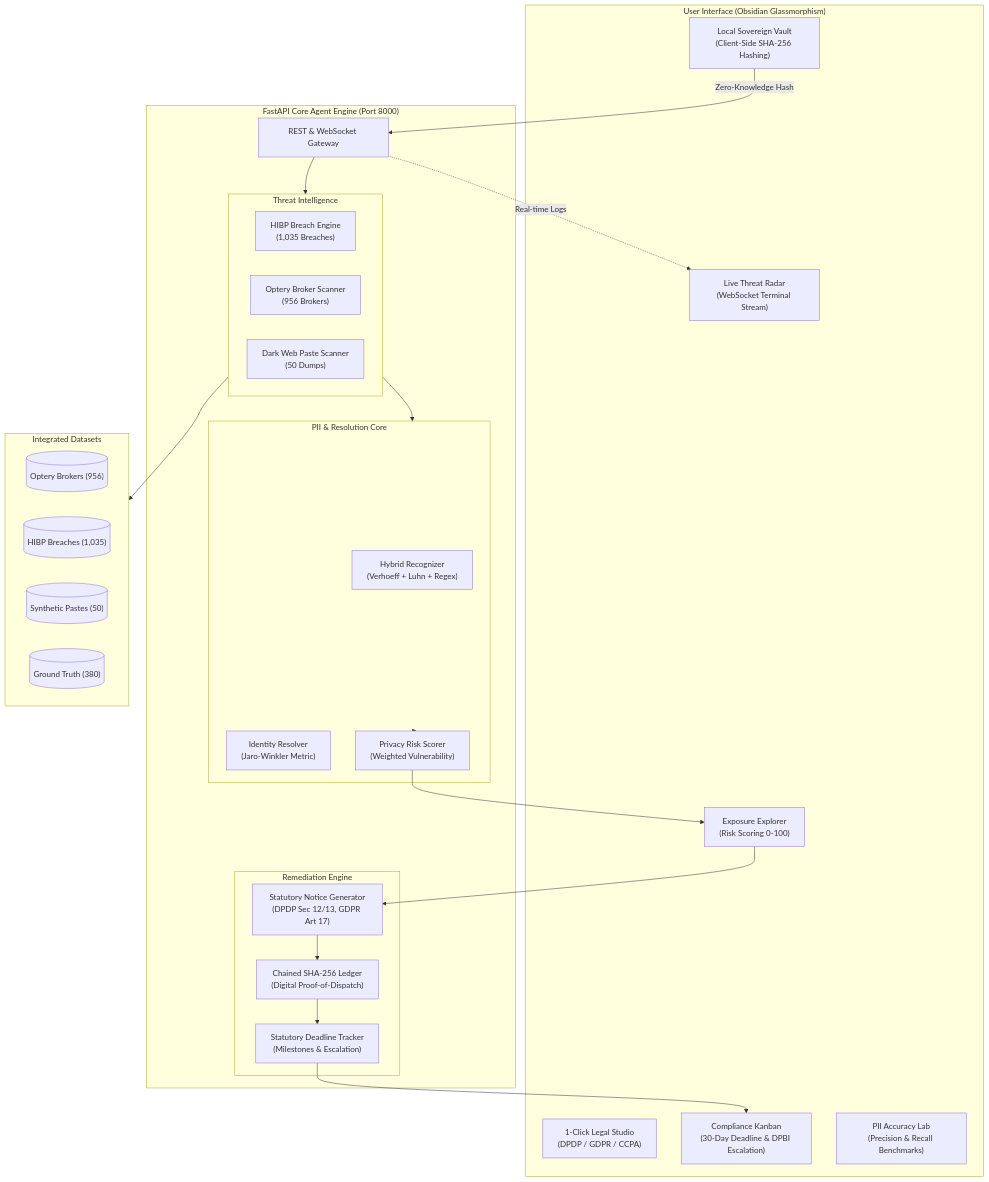
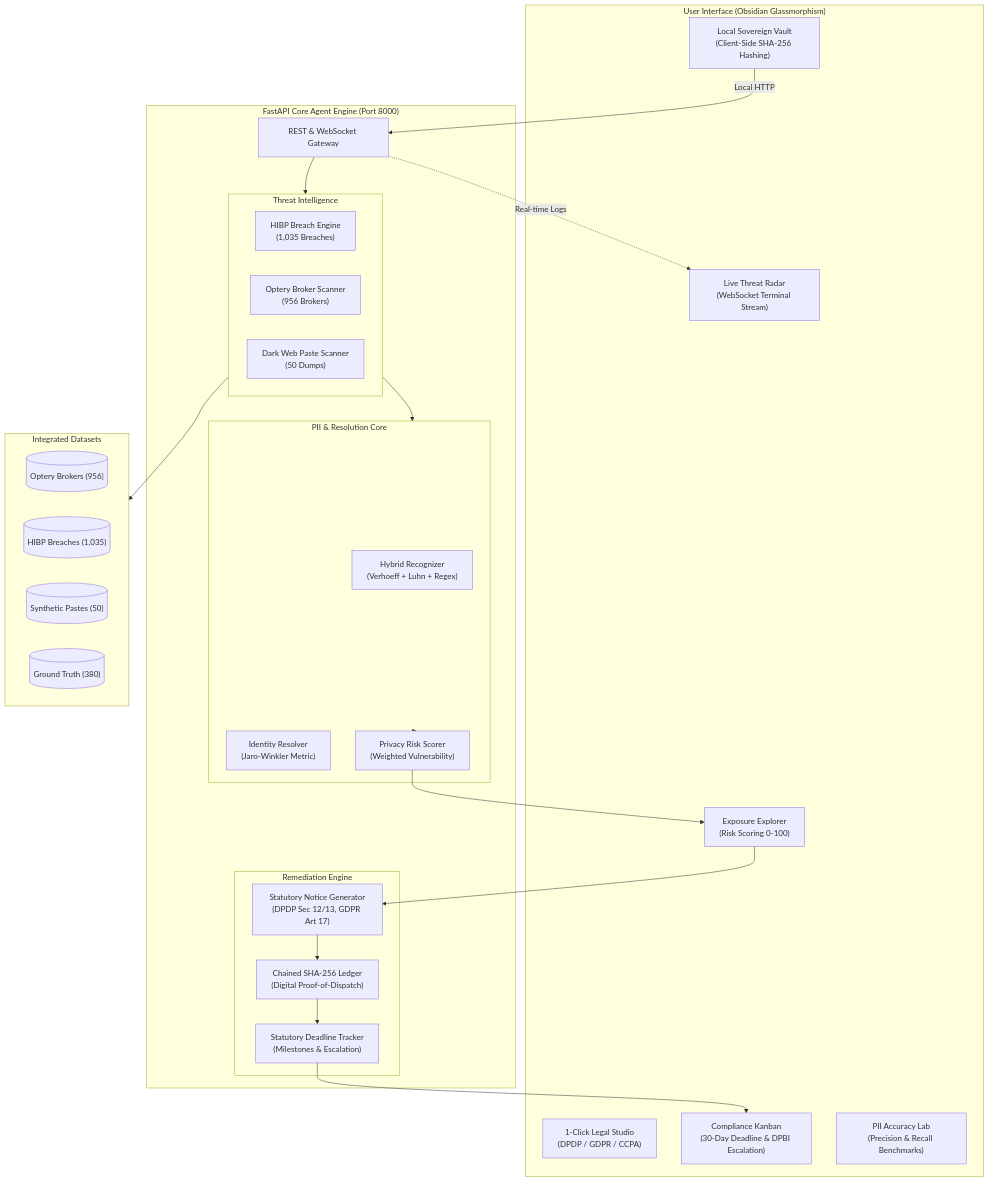
One commit to Nalin959/ApniPehChaan changed the diagram in README.md. Above: the diagram before and after it, drawn with Mermaid. The commit also changed other lines of this file and 28 other files, not shown here.

````diff
--- a/README.md
+++ b/README.md
@@ -36,52 +36,52 @@
 ```mermaid
 flowchart TB
     subgraph UI ["User Interface (Obsidian Glassmorphism)"]
         Vault["Local Sovereign Vault\n(Client-Side SHA-256 Hashing)"]
         Radar["Live Threat Radar\n(WebSocket Terminal Stream)"]
         Exposure["Exposure Explorer\n(Risk Scoring 0-100)"]
         Legal["1-Click Legal Studio\n(DPDP / GDPR / CCPA)"]
         Tracker["Compliance Kanban\n(30-Day Deadline & DPBI Escalation)"]
         Lab["PII Accuracy Lab\n(Precision & Recall Benchmarks)"]
     end
 
     subgraph Backend ["FastAPI Core Agent Engine (Port 8000)"]
         API["REST & WebSocket Gateway"]
         
         subgraph Scanners ["Threat Intelligence"]
             HIBP["HIBP Breach Engine\n(1,035 Breaches)"]
             Broker["Optery Broker Scanner\n(956 Brokers)"]
             Paste["Dark Web Paste Scanner\n(50 Dumps)"]
         end
         
         subgraph Engine ["PII & Resolution Core"]
             Recognizer["Hybrid Recognizer\n(Verhoeff + Luhn + Regex)"]
             Resolver["Identity Resolver\n(Jaro-Winkler Metric)"]
             RiskCalc["Privacy Risk Scorer\n(Weighted Vulnerability)"]
         end
         
         subgraph Remediation ["Remediation Engine"]
             NoticeGen["Statutory Notice Generator\n(DPDP Sec 12/13, GDPR Art 17)"]
             AuditTrail["Chained SHA-256 Ledger\n(Digital Proof-of-Dispatch)"]
             Compliance["Statutory Deadline Tracker\n(Milestones & Escalation)"]
         end
     end
 
     subgraph Datasets ["Integrated Datasets"]
         D1[("Optery Brokers (956)")]
         D2[("HIBP Breaches (1,035)")]
         D3[("Synthetic Pastes (50)")]
         D4[("Ground Truth (380)")]
     end
 
-    Vault -->|Zero-Knowledge Hash| API
+    Vault -->|Local HTTP| API
     API --> Scanners
     Scanners --> Datasets
     Scanners --> Engine
     Engine --> RiskCalc
     RiskCalc --> Exposure
     Exposure --> NoticeGen
     NoticeGen --> AuditTrail
     AuditTrail --> Compliance
     Compliance --> Tracker
     API -.->|Real-time Logs| Radar
 ```
````
